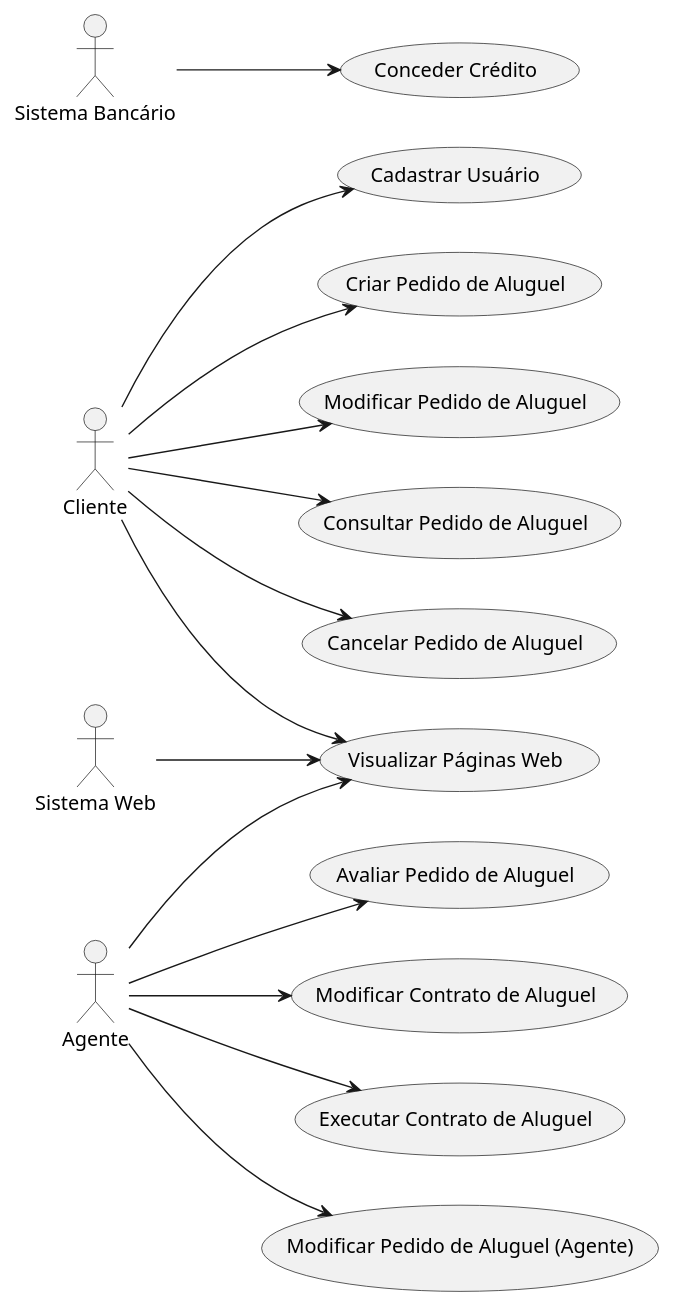
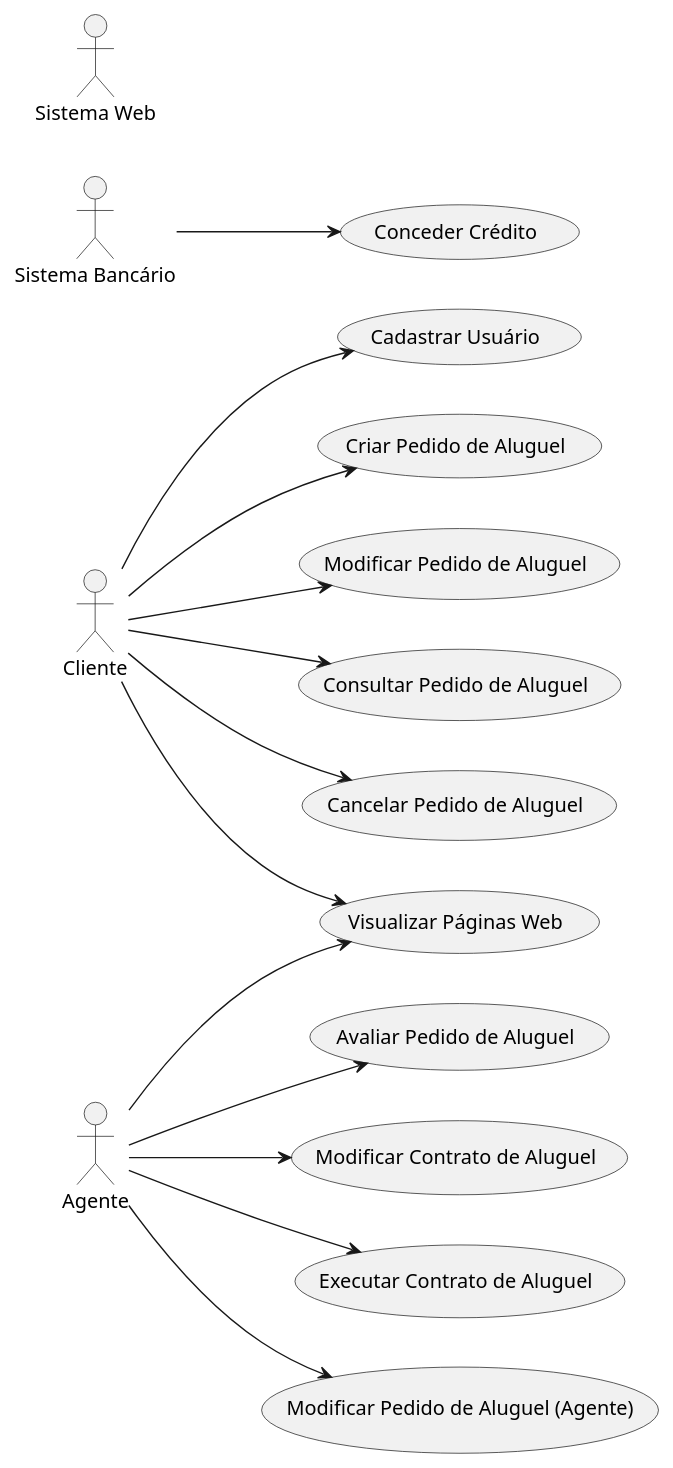
One commit to joaolezsi/LabDevSoftw-SistemaAluguel changed the diagram in projeto/Diagrama de caso de uso.plantuml. Above: the diagram before and after it, drawn with PlantUML.

Commit message:
correção diagrama #5

```diff
--- a/projeto/Diagrama de caso de uso.plantuml
+++ b/projeto/Diagrama de caso de uso.plantuml
@@ -1,37 +1,36 @@
 @startuml
 left to right direction
 
 actor Cliente
 actor Agente
 actor SistemaBancario as "Sistema Bancário"
 actor SistemaWeb as "Sistema Web"
 
 usecase CadastrarUsuario as "Cadastrar Usuário"
 usecase CriarPedido as "Criar Pedido de Aluguel"
 usecase ModificarPedido as "Modificar Pedido de Aluguel"
 usecase ConsultarPedido as "Consultar Pedido de Aluguel"
 usecase CancelarPedido as "Cancelar Pedido de Aluguel"
 usecase AvaliarPedido as "Avaliar Pedido de Aluguel"
 usecase ConcederCredito as "Conceder Crédito"
 usecase ModificarContrato as "Modificar Contrato de Aluguel"
 usecase VisualizarPaginas as "Visualizar Páginas Web"
 usecase ExecutarContrato as "Executar Contrato de Aluguel"
 usecase ModificarPedidoAgente as "Modificar Pedido de Aluguel (Agente)"
 
 Cliente --> CadastrarUsuario
 Cliente --> CriarPedido
 Cliente --> ModificarPedido
 Cliente --> ConsultarPedido
 Cliente --> CancelarPedido
 Cliente --> VisualizarPaginas
 
 Agente --> AvaliarPedido
 Agente --> ModificarPedidoAgente
 Agente --> ModificarContrato
 Agente --> ExecutarContrato
 Agente --> VisualizarPaginas
 
 SistemaBancario --> ConcederCredito
-SistemaWeb --> VisualizarPaginas
 
 @enduml
```
